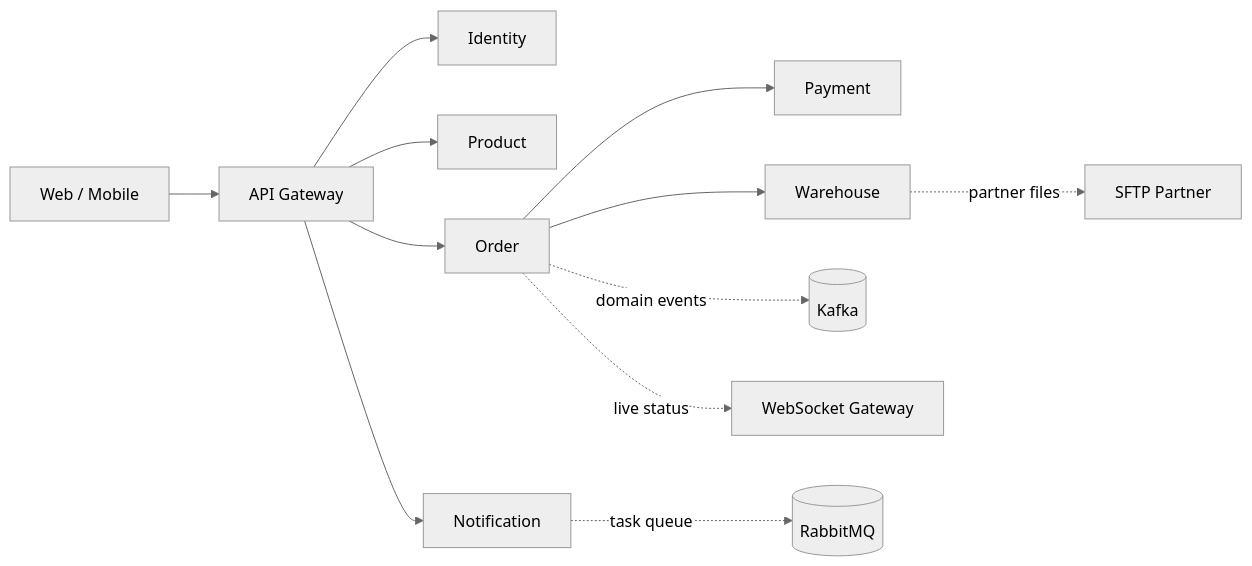
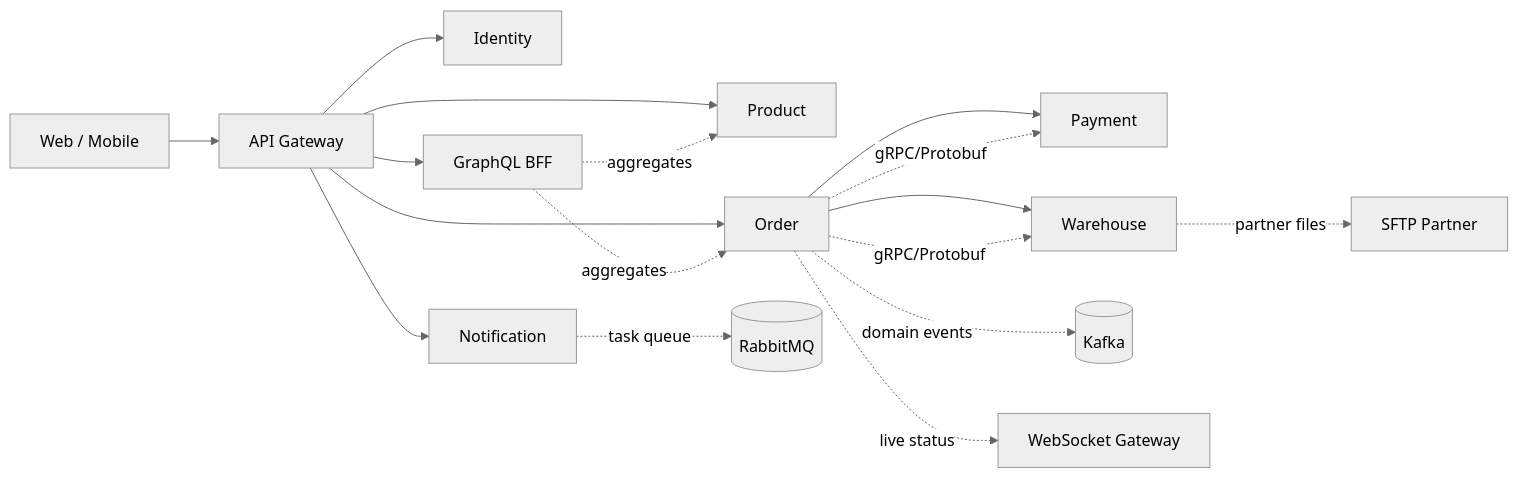
Before and after one commit to dangthobach/dangthobach.github.io: the first of 2 diagrams in quartz/content/Go-Microservices-Mastery/00-Series-Hub.md, drawn with Mermaid (neutral theme). The commit also changed other lines of this file and 27 other files, not shown here.

````diff
--- a/quartz/content/Go-Microservices-Mastery/00-Series-Hub.md
+++ b/quartz/content/Go-Microservices-Mastery/00-Series-Hub.md
@@ -27,14 +27,19 @@
 ```mermaid
 flowchart LR
     C["Web / Mobile"] --> G["API Gateway"]
     G --> U["Identity"]
     G --> P["Product"]
     G --> O["Order"]
     G --> N["Notification"]
     O --> PG["Payment"]
     O --> W["Warehouse"]
+    O -. gRPC/Protobuf .-> PG
+    O -. gRPC/Protobuf .-> W
+    G --> GQL["GraphQL BFF"]
+    GQL -. aggregates .-> P
+    GQL -. aggregates .-> O
     O -. domain events .-> K[("Kafka")]
     N -. task queue .-> R[("RabbitMQ")]
     W -. partner files .-> S["SFTP Partner"]
     O -. live status .-> WS["WebSocket Gateway"]
 ```
````
